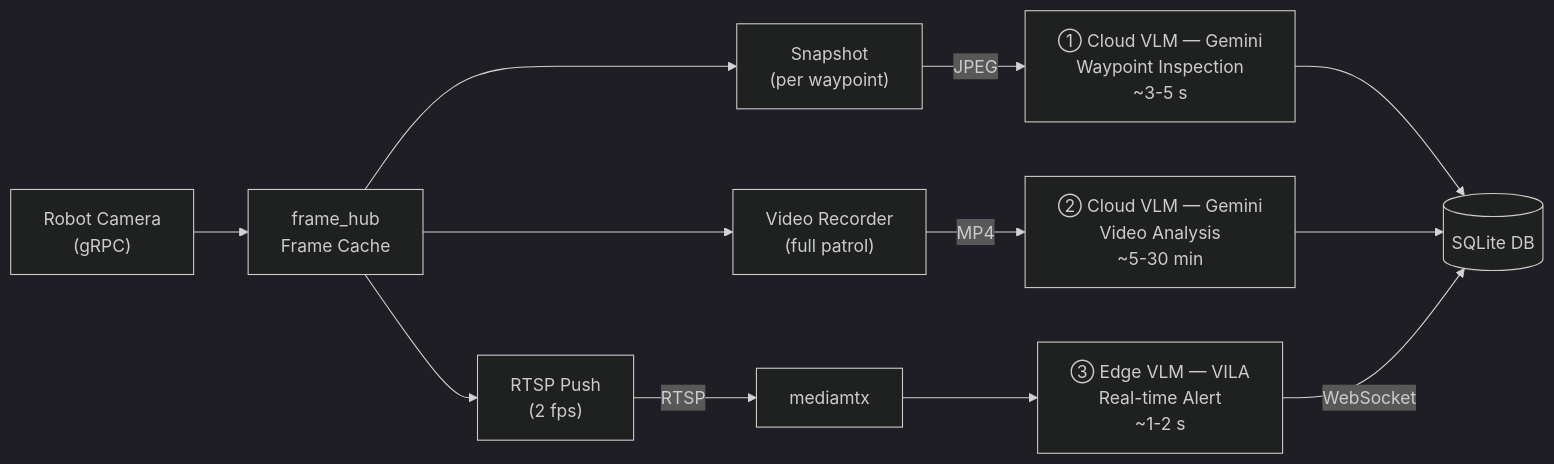
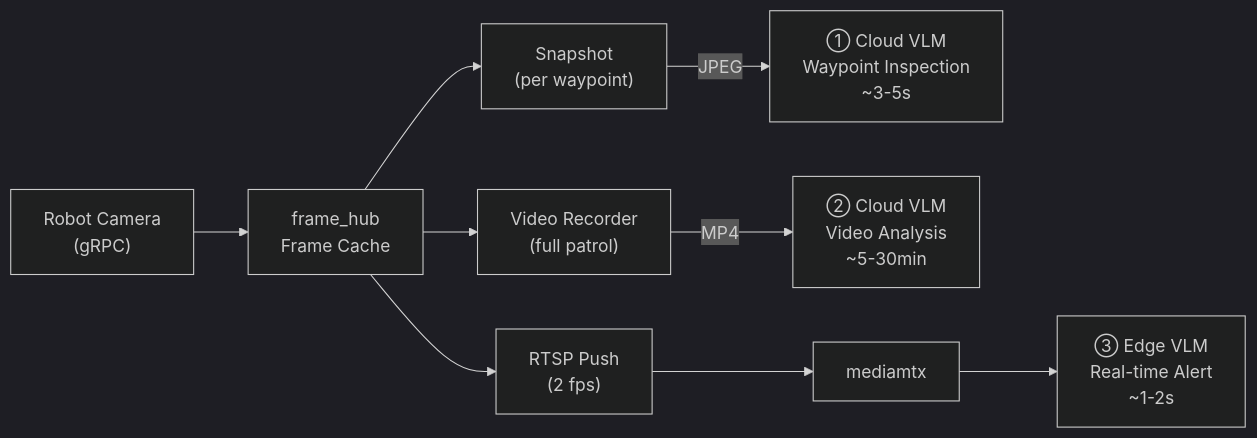
Before and after one commit to sigmarobotics/visual-patrol: the third of 4 diagrams in README.md, drawn with Mermaid (dark theme). The commit also changed other lines of this file and 2 other files, not shown here.

First line of the commit message:
docs: rewrite README and architecture docs with Mermaid diagrams

````diff
--- a/README.md
+++ b/README.md
@@ -132,16 +110,12 @@
 ```mermaid
 graph LR
     CAM["Robot Camera<br/>(gRPC)"] --> FH["frame_hub<br/>Frame Cache"]
 
     FH --> SNAP["Snapshot<br/>(per waypoint)"]
     FH --> VR["Video Recorder<br/>(full patrol)"]
     FH --> RTSP["RTSP Push<br/>(2 fps)"]
 
-    SNAP -->|"JPEG"| IMG_AI["① Cloud VLM — Gemini<br/>Waypoint Inspection<br/>~3-5 s"]
-    VR -->|"MP4"| VID_AI["② Cloud VLM — Gemini<br/>Video Analysis<br/>~5-30 min"]
-    RTSP -->|"RTSP"| MTX["mediamtx"] --> VILA["③ Edge VLM — VILA<br/>Real-time Alert<br/>~1-2 s"]
-
-    IMG_AI --> DB[(SQLite DB)]
-    VID_AI --> DB
-    VILA -->|"WebSocket"| DB
+    SNAP -->|"JPEG"| IMG["① Cloud VLM<br/>Waypoint Inspection<br/>~3-5s"]
+    VR -->|"MP4"| VID["② Cloud VLM<br/>Video Analysis<br/>~5-30min"]
+    RTSP --> MTX["mediamtx"] --> EDGE["③ Edge VLM<br/>Real-time Alert<br/>~1-2s"]
 ```
````
